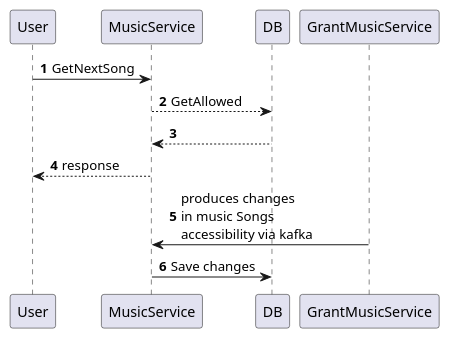
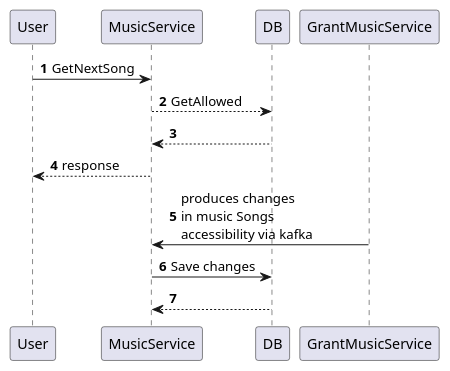
The diagram in docs/microservices.puml (wgdetective/pact-example), drawn with PlantUML before and after one commit. The commit also changed 9 other files, not shown here.

```diff
--- a/docs/microservices.puml
+++ b/docs/microservices.puml
@@ -1,13 +1,14 @@
 @startuml
 'https://plantuml.com/sequence-diagram
 
 autonumber
 
 User -> MusicService: GetNextSong
 MusicService --> DB : GetAllowed
 MusicService <-- DB
 User <-- MusicService  : response
 
 MusicService <- GrantMusicService: produces changes \nin music Songs \naccessibility via kafka
 MusicService -> DB : Save changes
+MusicService <-- DB
 @enduml
```
